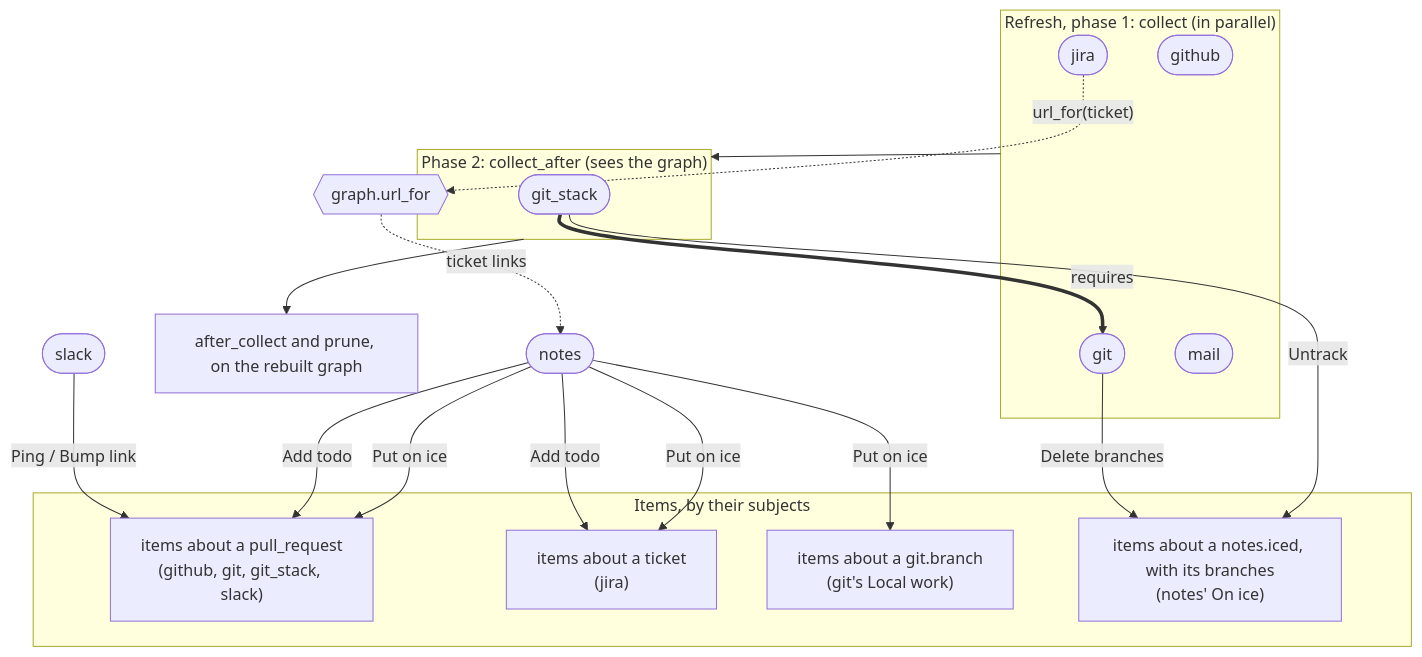
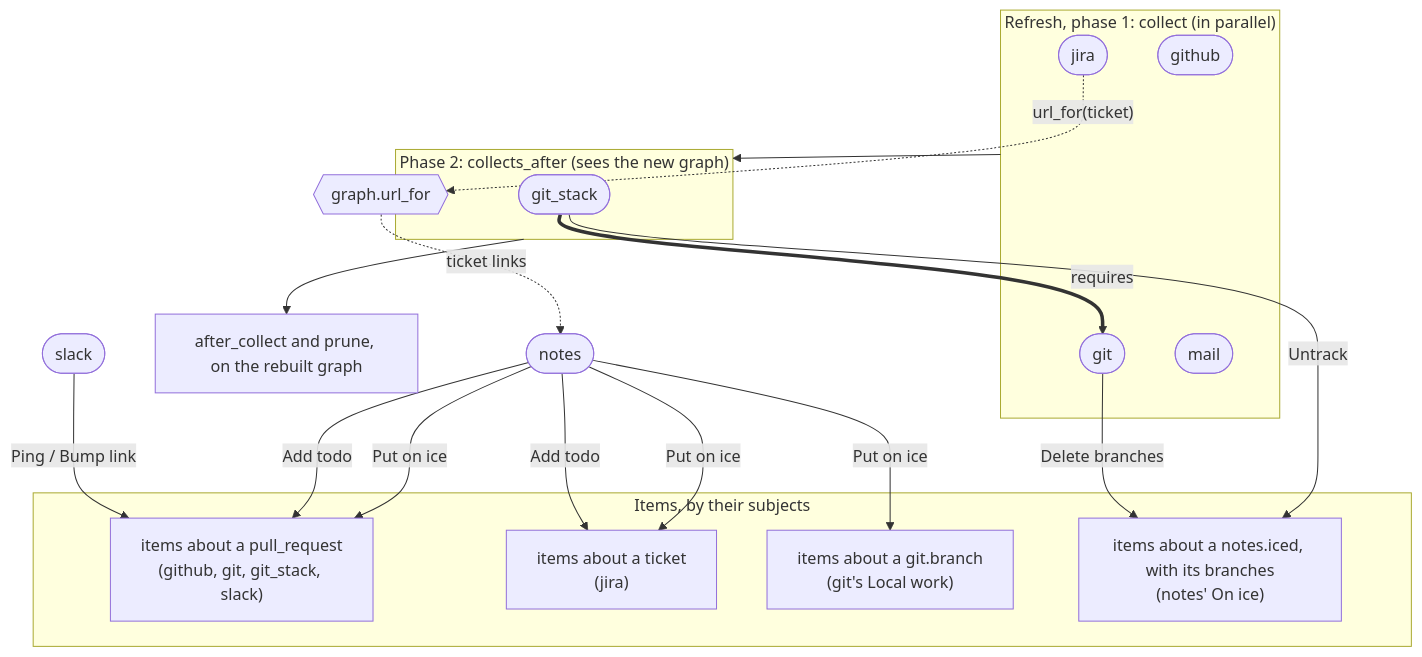
The second of 2 diagrams in docs/plugins.md (benekastah/move-forward), drawn with Mermaid before and after one commit. The commit also changed other lines of this file and 70 other files, not shown here.

First line of the commit message:
Remove import_dir, refresh_subjects, collect_after and kept_item (B7, 2 of 3) (#232)

````diff
--- a/docs/plugins.md
+++ b/docs/plugins.md
@@ -81,34 +84,34 @@
 ```mermaid
 flowchart TB
     subgraph Phase1["Refresh, phase 1: collect (in parallel)"]
         github([github])
         git([git])
         jira([jira])
         mail([mail])
     end
-    subgraph Phase2["Phase 2: collect_after (sees the graph)"]
+    subgraph Phase2["Phase 2: collects_after (sees the new graph)"]
         git_stack([git_stack])
     end
     Phase1 --> Phase2
     Phase2 --> after["after_collect and prune, on the rebuilt graph"]
 
     git_stack == "requires" ==> git
 
     subgraph Items["Items, by their subjects"]
         prItems["items about a pull_request<br/>(github, git, git_stack, slack)"]
         ticketItems["items about a ticket<br/>(jira)"]
         branchItems["items about a git.branch<br/>(git's Local work)"]
         icedItems["items about a notes.iced, with its branches<br/>(notes' On ice)"]
     end
     slack([slack]) -- "Ping / Bump link" --> prItems
     notes([notes]) -- "Add todo" --> prItems
     notes -- "Add todo" --> ticketItems
     notes -- "Put on ice" --> branchItems
     notes -- "Put on ice" --> prItems
     notes -- "Put on ice" --> ticketItems
     git -- "Delete branches" --> icedItems
     git_stack -- "Untrack" --> icedItems
 
     jira -. "url_for(ticket)" .-> urls{{graph.url_for}}
     urls -. "ticket links" .-> notes
 ```
````
